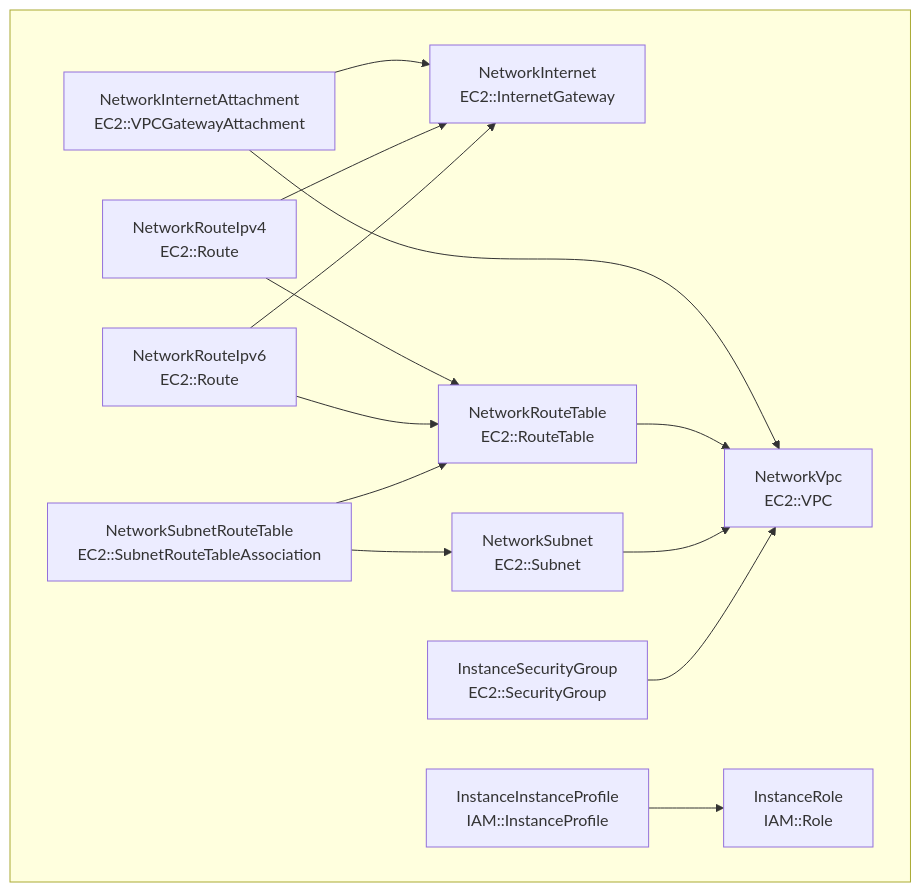
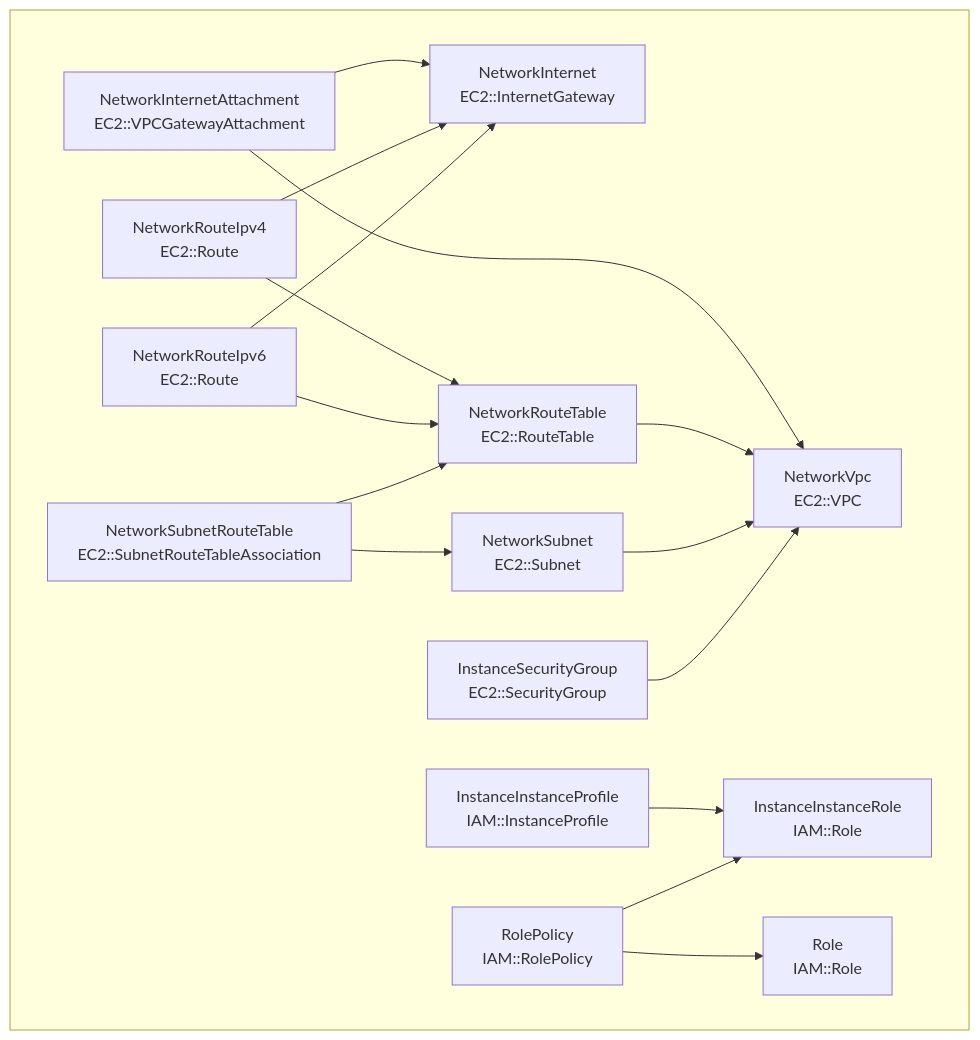
Before and after one commit to redoapp/fast-actions-runner-ec2: the diagram in doc/basic_cluster.md, drawn with Mermaid. The commit also changed 10 other files, not shown here.

````diff
--- a/doc/basic_cluster.md
+++ b/doc/basic_cluster.md
@@ -1,19 +1,21 @@
 ```mermaid
 	flowchart TB;
 		subgraph &nbsp;
 		rootNetworkInternetAttachment[NetworkInternetAttachment<br/>EC2::VPCGatewayAttachment]-->rootNetworkInternet[NetworkInternet<br/>EC2::InternetGateway]
 		rootNetworkInternetAttachment[NetworkInternetAttachment<br/>EC2::VPCGatewayAttachment]-->rootNetworkVpc[NetworkVpc<br/>EC2::VPC]
 		rootNetworkRouteTable[NetworkRouteTable<br/>EC2::RouteTable]-->rootNetworkVpc[NetworkVpc<br/>EC2::VPC]
 		rootNetworkRouteIpv4[NetworkRouteIpv4<br/>EC2::Route]-->rootNetworkInternet[NetworkInternet<br/>EC2::InternetGateway]
 		rootNetworkRouteIpv4[NetworkRouteIpv4<br/>EC2::Route]-->rootNetworkRouteTable[NetworkRouteTable<br/>EC2::RouteTable]
 		rootNetworkRouteIpv6[NetworkRouteIpv6<br/>EC2::Route]-->rootNetworkInternet[NetworkInternet<br/>EC2::InternetGateway]
 		rootNetworkRouteIpv6[NetworkRouteIpv6<br/>EC2::Route]-->rootNetworkRouteTable[NetworkRouteTable<br/>EC2::RouteTable]
 		rootNetworkSubnet[NetworkSubnet<br/>EC2::Subnet]-->rootNetworkVpc[NetworkVpc<br/>EC2::VPC]
 		rootNetworkSubnetRouteTable[NetworkSubnetRouteTable<br/>EC2::SubnetRouteTableAssociation]-->rootNetworkRouteTable[NetworkRouteTable<br/>EC2::RouteTable]
 		rootNetworkSubnetRouteTable[NetworkSubnetRouteTable<br/>EC2::SubnetRouteTableAssociation]-->rootNetworkSubnet[NetworkSubnet<br/>EC2::Subnet]
-		rootInstanceInstanceProfile[InstanceInstanceProfile<br/>IAM::InstanceProfile]-->rootInstanceRole[InstanceRole<br/>IAM::Role]
+		rootInstanceInstanceProfile[InstanceInstanceProfile<br/>IAM::InstanceProfile]-->rootInstanceInstanceRole[InstanceInstanceRole<br/>IAM::Role]
 		rootInstanceSecurityGroup[InstanceSecurityGroup<br/>EC2::SecurityGroup]-->rootNetworkVpc[NetworkVpc<br/>EC2::VPC]
+		rootRolePolicy[RolePolicy<br/>IAM::RolePolicy]-->rootRole[Role<br/>IAM::Role]
+		rootRolePolicy[RolePolicy<br/>IAM::RolePolicy]-->rootInstanceInstanceRole[InstanceInstanceRole<br/>IAM::Role]
 
   	end
 
 ```
````
